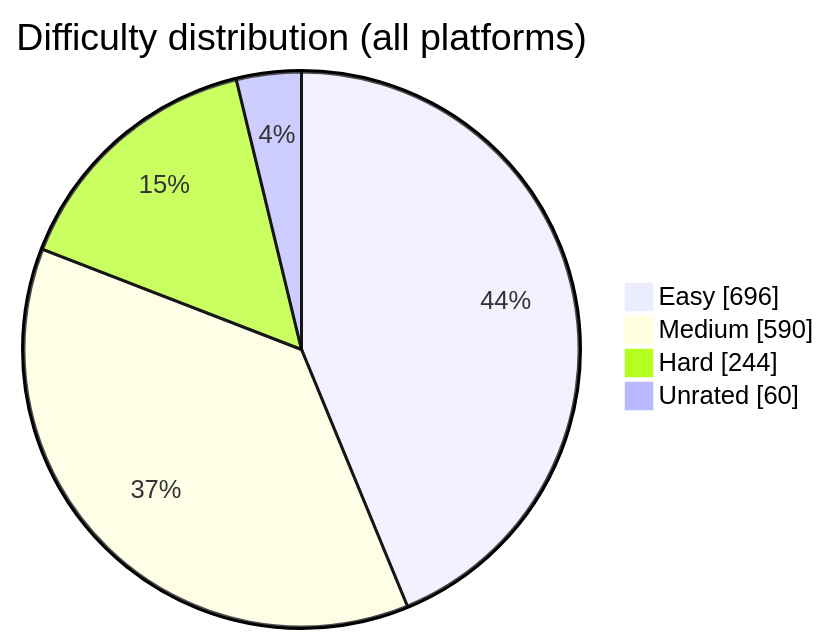
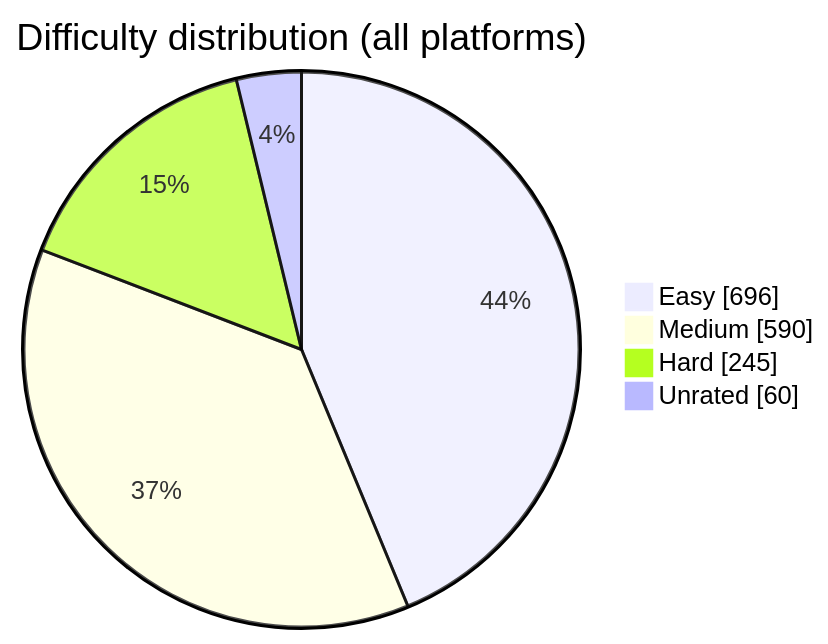
One commit to BuildbyArindam/Daily-Coding-Log changed the diagram in README.md. Above: the diagram before and after it, drawn with Mermaid. The commit also changed other lines of this file, not shown here.

````diff
--- a/README.md
+++ b/README.md
@@ -93,7 +93,7 @@
 ```mermaid
 pie showData title Difficulty distribution (all platforms)
     "Easy" : 696
     "Medium" : 590
-    "Hard" : 244
+    "Hard" : 245
     "Unrated" : 60
 ```
````
